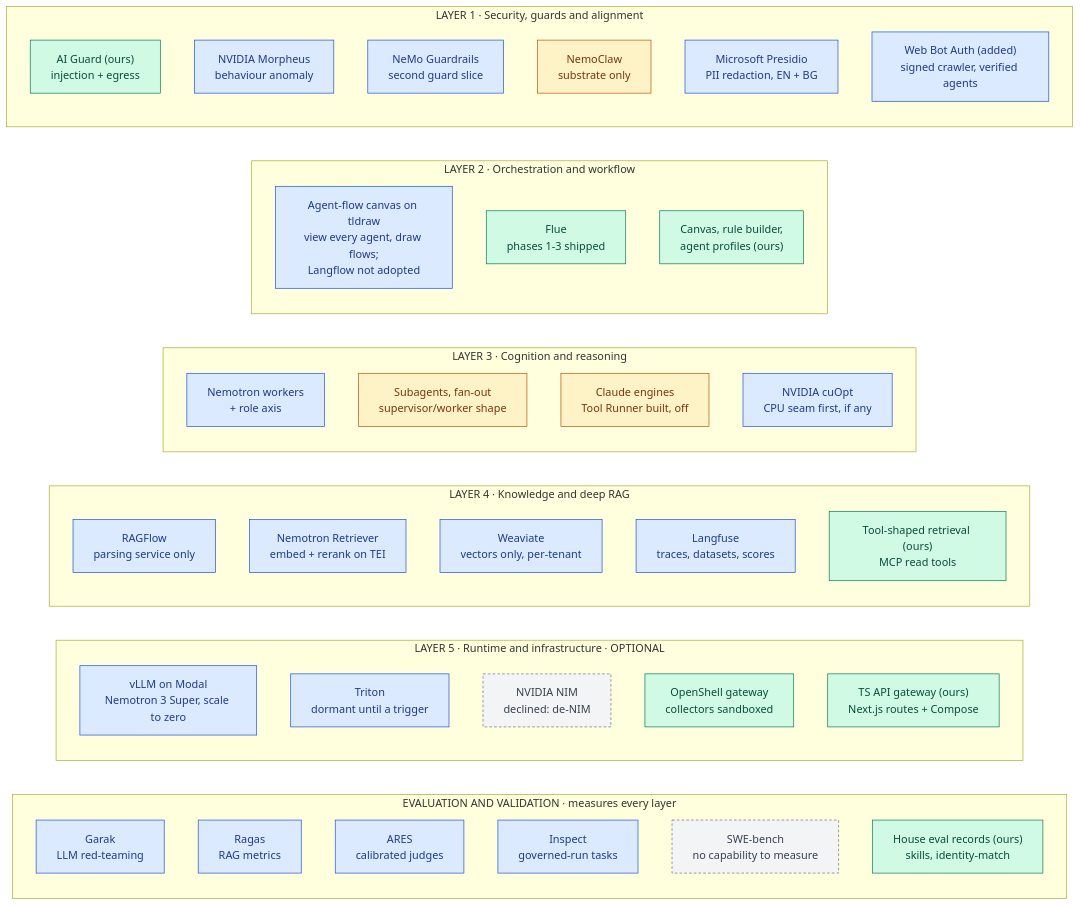
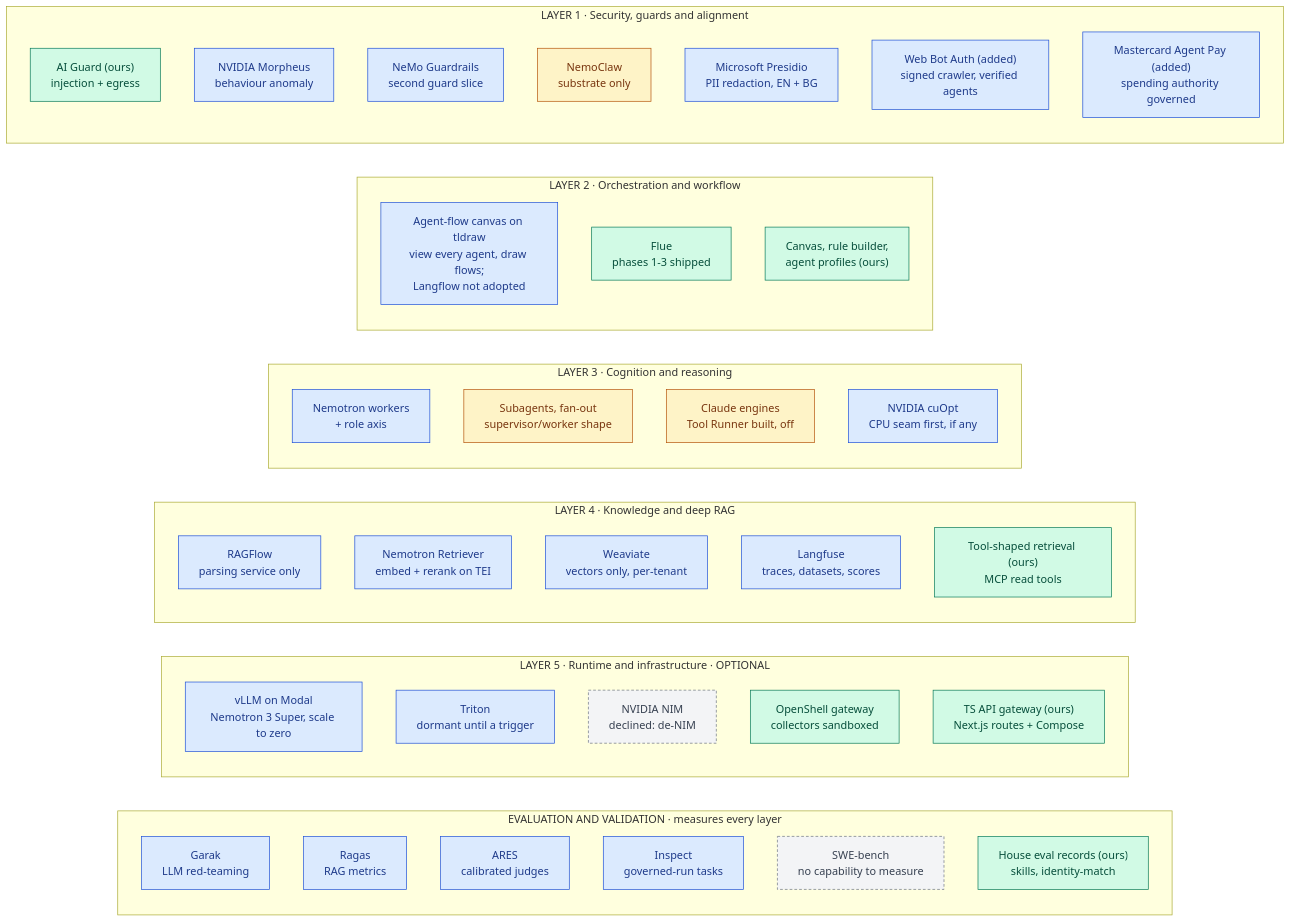
Before and after one commit to RodnaPamet/inflect-compliance: the first of 5 diagrams in docs/ai-architecture-roadmap.md, drawn with Mermaid. The commit also changed other lines of this file and 4 other files, not shown here.

````diff
--- a/docs/ai-architecture-roadmap.md
+++ b/docs/ai-architecture-roadmap.md
@@ -43,60 +43,61 @@
 ```mermaid
 flowchart LR
   subgraph EV["EVALUATION AND VALIDATION · measures every layer"]
     direction TB
     GA["Garak<br/>LLM red-teaming"]:::todo
     RA["Ragas<br/>RAG metrics"]:::todo
     AR["ARES<br/>calibrated judges"]:::todo
     IS["Inspect<br/>governed-run tasks"]:::todo
     SB["SWE-bench<br/>no capability to measure"]:::declined
     HR["House eval records (ours)<br/>skills, identity-match"]:::done
   end
 
   subgraph L5["LAYER 5 · Runtime and infrastructure · OPTIONAL"]
     direction TB
     MD["vLLM on Modal<br/>Nemotron 3 Super, scale to zero"]:::todo
     TT["Triton<br/>dormant until a trigger"]:::todo
     NIM["NVIDIA NIM<br/>declined: de-NIM"]:::declined
     OS["OpenShell gateway<br/>collectors sandboxed"]:::done
     GW["TS API gateway (ours)<br/>Next.js routes + Compose"]:::done
   end
 
   subgraph L4["LAYER 4 · Knowledge and deep RAG"]
     direction TB
     RF["RAGFlow<br/>parsing service only"]:::todo
     RT["Nemotron Retriever<br/>embed + rerank on TEI"]:::todo
     WV["Weaviate<br/>vectors only, per-tenant"]:::todo
     LU["Langfuse<br/>traces, datasets, scores"]:::todo
     TR["Tool-shaped retrieval (ours)<br/>MCP read tools"]:::done
   end
 
   subgraph L3["LAYER 3 · Cognition and reasoning"]
     direction TB
     NR["Nemotron workers<br/>+ role axis"]:::todo
     SW["Subagents, fan-out<br/>supervisor/worker shape"]:::partial
     CL["Claude engines<br/>Tool Runner built, off"]:::partial
     CO["NVIDIA cuOpt<br/>CPU seam first, if any"]:::todo
   end
 
   subgraph L2["LAYER 2 · Orchestration and workflow"]
     direction TB
     LF["Agent-flow canvas on tldraw<br/>view every agent, draw flows;<br/>Langflow not adopted"]:::todo
     FL["Flue<br/>phases 1-3 shipped"]:::done
     CV["Canvas, rule builder,<br/>agent profiles (ours)"]:::done
   end
 
   subgraph L1["LAYER 1 · Security, guards and alignment"]
     direction TB
     AG["AI Guard (ours)<br/>injection + egress"]:::done
     MO["NVIDIA Morpheus<br/>behaviour anomaly"]:::todo
     NG["NeMo Guardrails<br/>second guard slice"]:::todo
     NC["NemoClaw<br/>substrate only"]:::partial
     PR["Microsoft Presidio<br/>PII redaction, EN + BG"]:::todo
     WB["Web Bot Auth (added)<br/>signed crawler, verified agents"]:::todo
+    MA["Mastercard Agent Pay (added)<br/>spending authority governed"]:::todo
   end
 
   classDef done fill:#d1fae5,stroke:#047857,color:#064e3b
   classDef partial fill:#fef3c7,stroke:#b45309,color:#78350f
   classDef todo fill:#dbeafe,stroke:#1d4ed8,color:#1e3a8a
   classDef declined fill:#f3f4f6,stroke:#6b7280,color:#374151,stroke-dasharray:4 3
 ```
````
